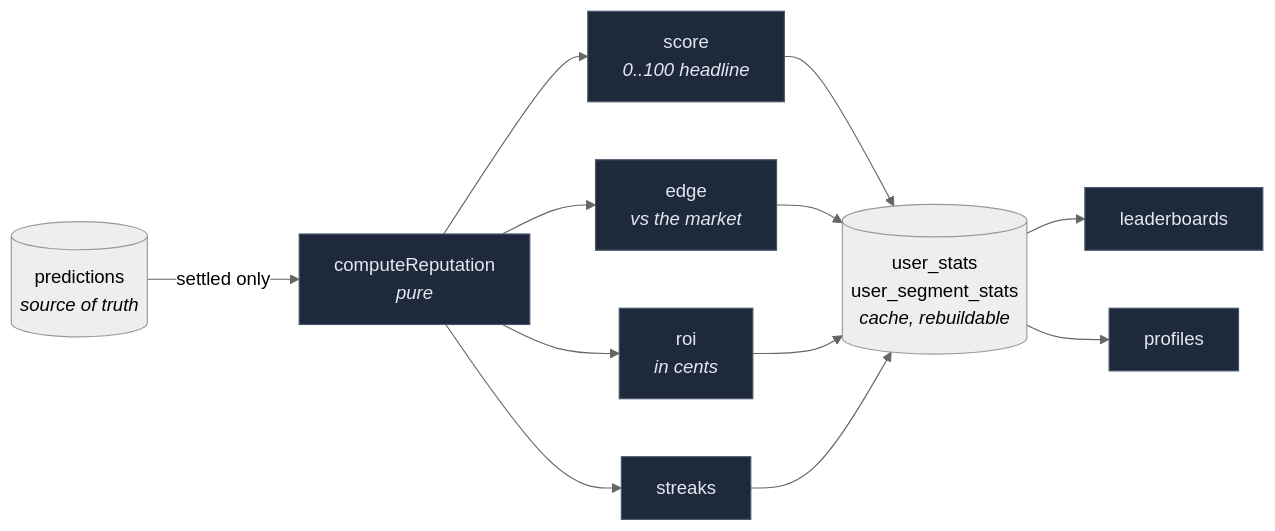
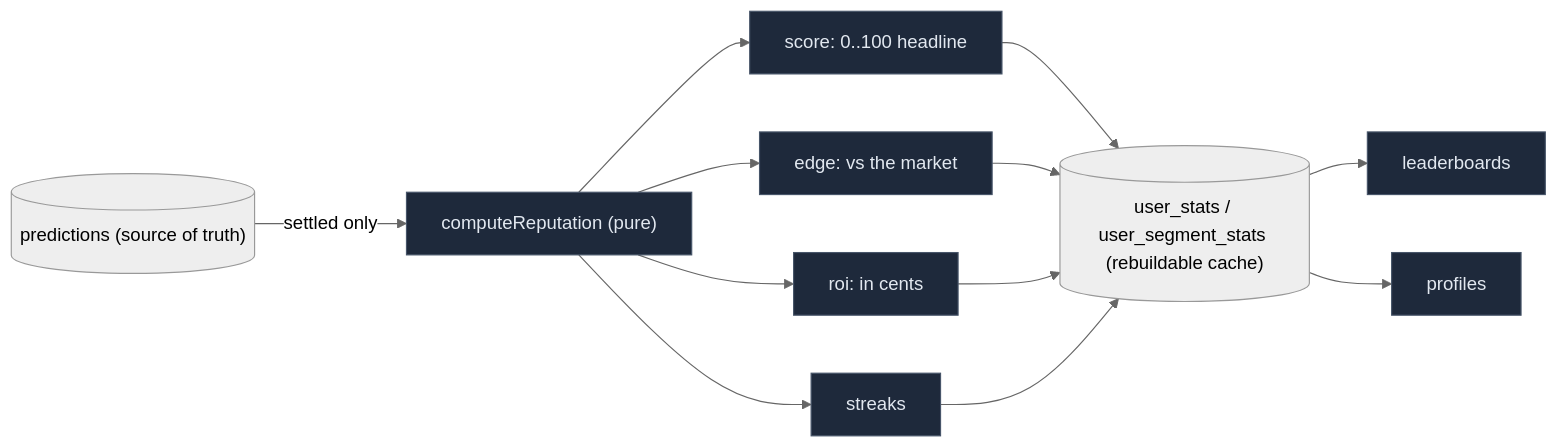
Before and after one commit to midexol/Oracle: the diagram in docs/reputation.md, drawn with Mermaid (neutral theme). The commit also changed 4 other files, not shown here.

Commit message:
Fix Mermaid diagrams rendering across documentation and add dev:frontend script

````diff
--- a/docs/reputation.md
+++ b/docs/reputation.md
@@ -9,14 +9,18 @@
 ```mermaid
 flowchart LR
-    P[("predictions<br/><i>source of truth</i>")] -->|"settled only"| C["computeReputation<br/><i>pure</i>"]
-    C --> S1["score<br/><i>0..100 headline</i>"]
-    C --> S2["edge<br/><i>vs the market</i>"]
-    C --> S3["roi<br/><i>in cents</i>"]
+    P[("predictions (source of truth)")] -->|"settled only"| C["computeReputation (pure)"]
+    C --> S1["score: 0..100 headline"]
+    C --> S2["edge: vs the market"]
+    C --> S3["roi: in cents"]
     C --> S4["streaks"]
-    S1 & S2 & S3 & S4 --> ST[("user_stats<br/>user_segment_stats<br/><i>cache, rebuildable</i>")]
+    S1 --> ST
+    S2 --> ST
+    S3 --> ST
+    S4 --> ST
+    ST[("user_stats / user_segment_stats (rebuildable cache)")]
     ST --> LB["leaderboards"]
     ST --> PR["profiles"]
 
     classDef n fill:#1e293b,stroke:#475569,color:#e2e8f0
     class C,S1,S2,S3,S4,LB,PR n
 ```
````
